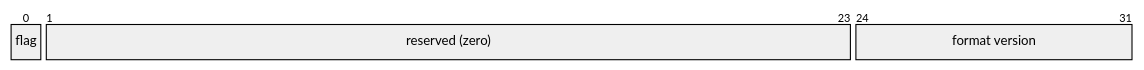
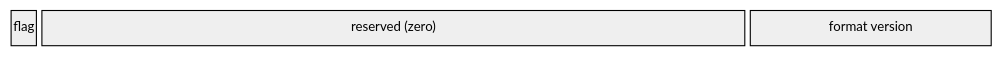
One commit to Gurebu/worldhalla changed the second of 5 diagrams in README.md. Above: the diagram before and after it, drawn with Mermaid. The commit also changed other lines of this file, not shown here.

````diff
--- a/README.md
+++ b/README.md
@@ -79,6 +115,13 @@
 ```mermaid
+---
+config:
+  packet:
+    useMaxWidth: false
+    bitWidth: 28
+    showBits: false
+---
 packet-beta
 0: "flag"
 1-23: "reserved (zero)"
 24-31: "format version"
 ```
````
